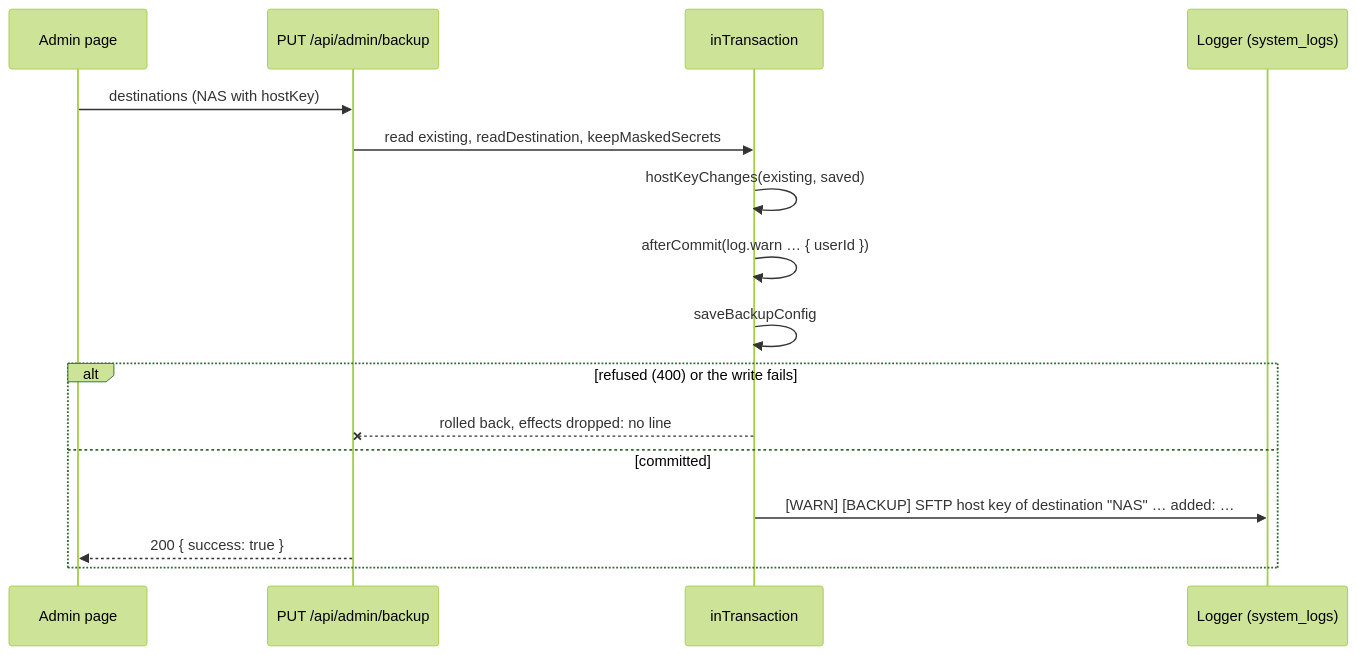
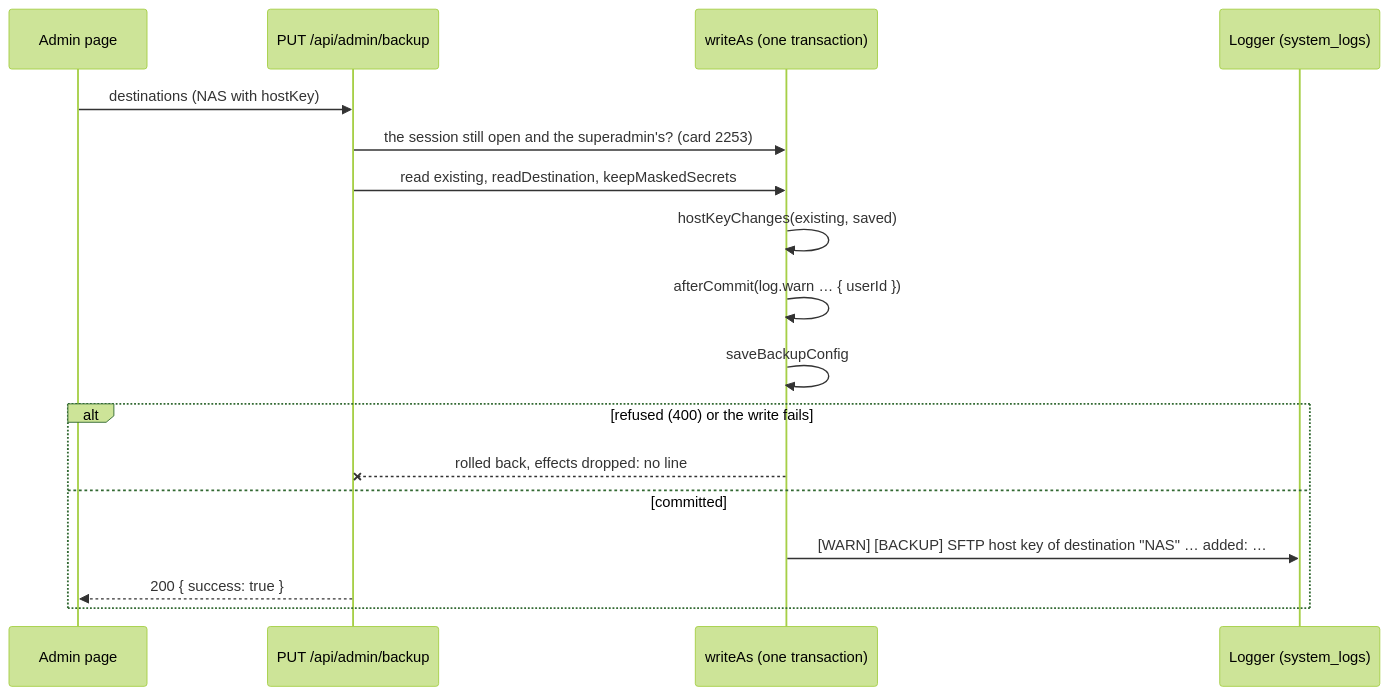
One commit to gitBoon/DumpFire changed the seventh of 13 diagrams in docs/backup-reporting.md. Above: the diagram before and after it, drawn with Mermaid (forest theme). The commit also changed other lines of this file and 10 other files, not shown here.

````diff
--- a/docs/backup-reporting.md
+++ b/docs/backup-reporting.md
@@ -476,18 +480,19 @@
 ```mermaid
 sequenceDiagram
     participant P as Admin page
     participant R as PUT /api/admin/backup
-    participant T as inTransaction
+    participant T as writeAs (one transaction)
     participant L as Logger (system_logs)
     P->>R: destinations (NAS with hostKey)
+    R->>T: the session still open and the superadmin's? (card 2253)
     R->>T: read existing, readDestination, keepMaskedSecrets
     T->>T: hostKeyChanges(existing, saved)
     T->>T: afterCommit(log.warn … { userId })
     T->>T: saveBackupConfig
     alt refused (400) or the write fails
         T--xR: rolled back, effects dropped: no line
     else committed
         T->>L: [WARN] [BACKUP] SFTP host key of destination "NAS" … added: …
         R-->>P: 200 { success: true }
     end
 ```
````
